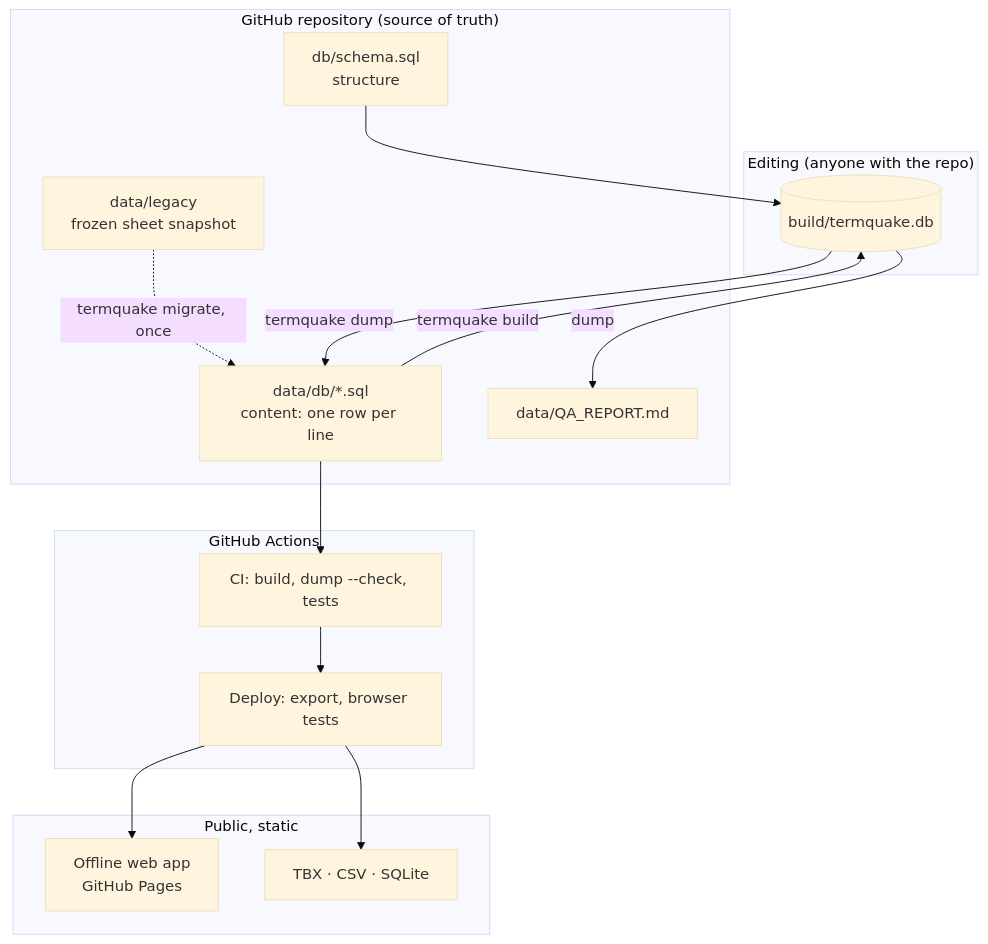
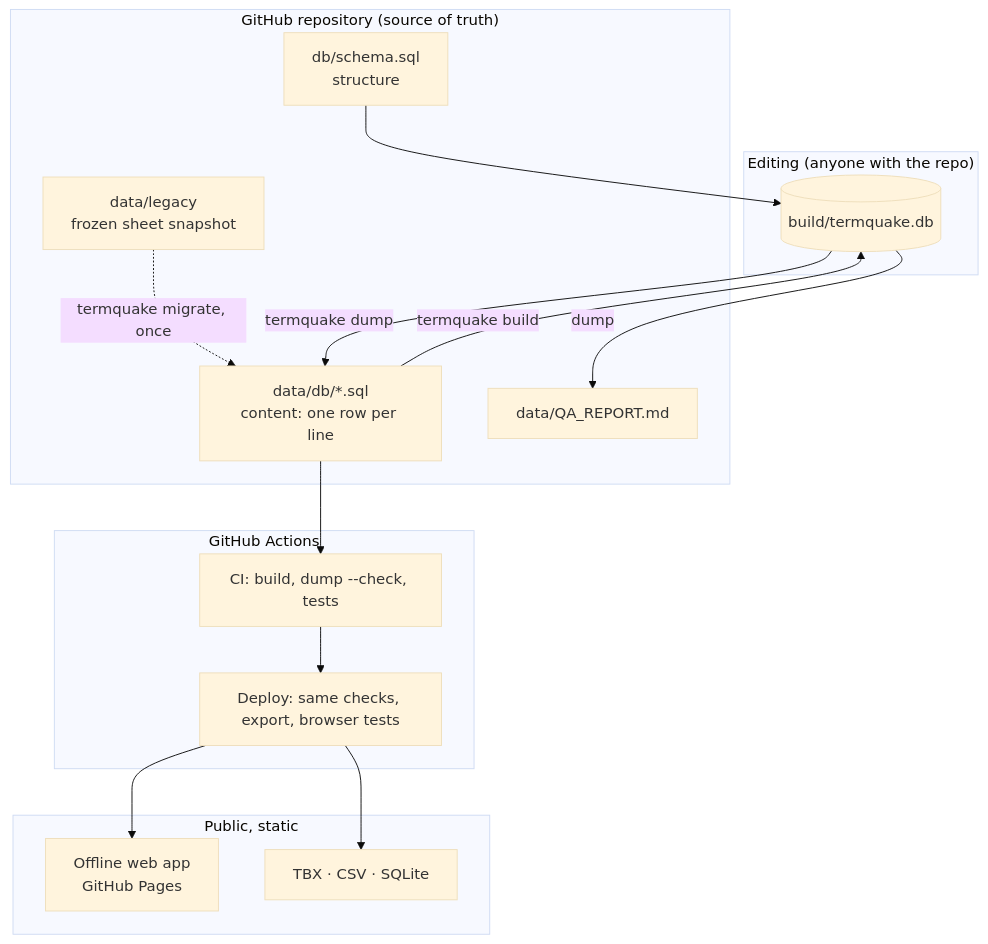
Before and after one commit to ysfztpp/TermQuake: the diagram in docs/ARCHITECTURE.md, drawn with Mermaid (base theme). The commit also changed other lines of this file and 7 other files, not shown here.

````diff
--- a/docs/ARCHITECTURE.md
+++ b/docs/ARCHITECTURE.md
@@ -22,27 +22,27 @@
 ```mermaid
 flowchart TB
   subgraph Repo["GitHub repository (source of truth)"]
     S[db/schema.sql<br/>structure]
     D[data/db/*.sql<br/>content: one row per line]
     Q[data/QA_REPORT.md]
     L[data/legacy<br/>frozen sheet snapshot]
   end
   subgraph Local["Editing (anyone with the repo)"]
     B[(build/termquake.db)]
   end
   subgraph CI["GitHub Actions"]
     C[CI: build, dump --check, tests]
-    P[Deploy: export, browser tests]
+    P[Deploy: same checks, export, browser tests]
   end
   subgraph Public["Public, static"]
     W[Offline web app<br/>GitHub Pages]
     DL[TBX · CSV · SQLite]
   end
   L -. termquake migrate, once .-> D
   S --> B
   D -- termquake build --> B
   B -- termquake dump --> D
   B -- dump --> Q
   D --> C --> P --> W
   P --> DL
 ```
````
